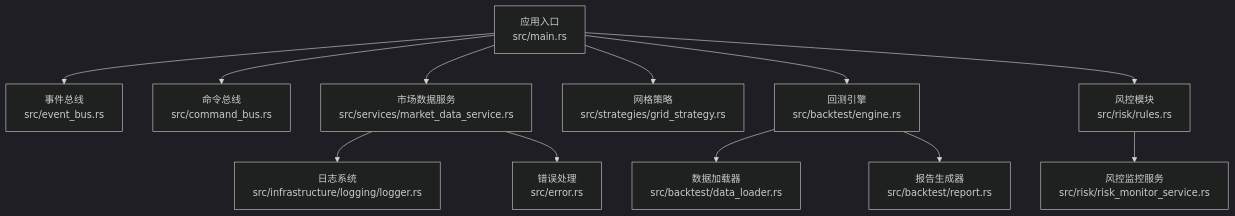
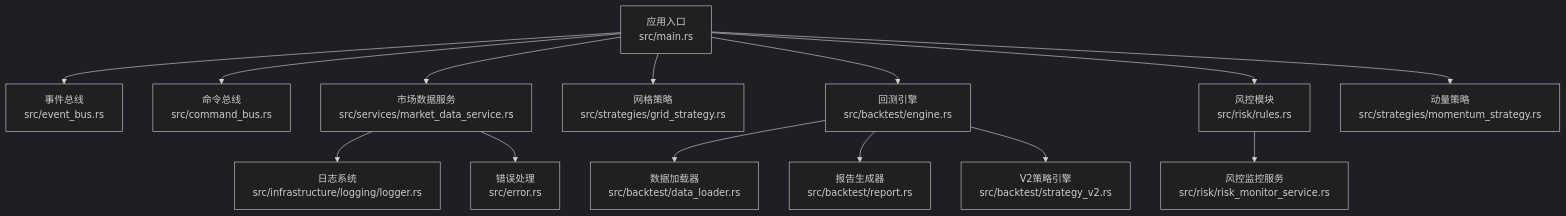
The first of 6 diagrams in .qoder/repowiki/zh/content/部署运维/部署配置.md (Heres1/binanceWebsocket), drawn with Mermaid (dark theme) before and after one commit. The commit also changed other lines of this file and 10 other files, not shown here.

````diff
--- a/.qoder/repowiki/zh/content/部署运维/部署配置.md
+++ b/.qoder/repowiki/zh/content/部署运维/部署配置.md
@@ -64,14 +67,16 @@
 ```mermaid
 graph TB
 A["应用入口<br/>src/main.rs"] --> B["事件总线<br/>src/event_bus.rs"]
 A --> C["命令总线<br/>src/command_bus.rs"]
 A --> D["市场数据服务<br/>src/services/market_data_service.rs"]
 A --> E["网格策略<br/>src/strategies/grid_strategy.rs"]
 A --> F["回测引擎<br/>src/backtest/engine.rs"]
 A --> G["风控模块<br/>src/risk/rules.rs"]
-D --> H["日志系统<br/>src/infrastructure/logging/logger.rs"]
-D --> I["错误处理<br/>src/error.rs"]
-F --> J["数据加载器<br/>src/backtest/data_loader.rs"]
-F --> K["报告生成器<br/>src/backtest/report.rs"]
-G --> L["风控监控服务<br/>src/risk/risk_monitor_service.rs"]
+A --> H["动量策略<br/>src/strategies/momentum_strategy.rs"]
+D --> I["日志系统<br/>src/infrastructure/logging/logger.rs"]
+D --> J["错误处理<br/>src/error.rs"]
+F --> K["数据加载器<br/>src/backtest/data_loader.rs"]
+F --> L["报告生成器<br/>src/backtest/report.rs"]
+F --> M["V2策略引擎<br/>src/backtest/strategy_v2.rs"]
+G --> N["风控监控服务<br/>src/risk/risk_monitor_service.rs"]
 ```
````
